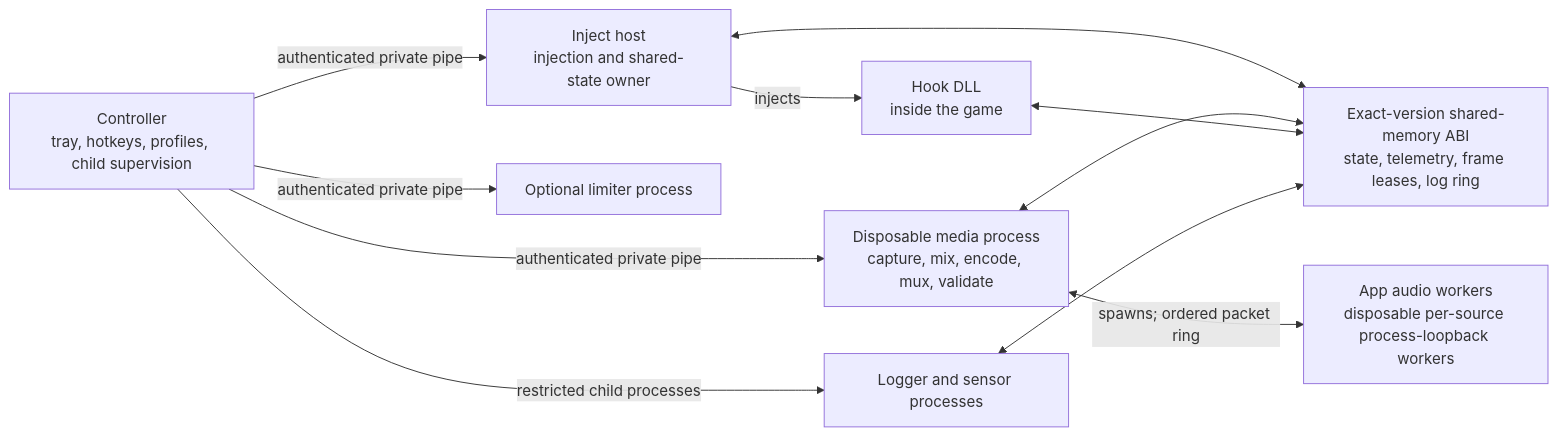
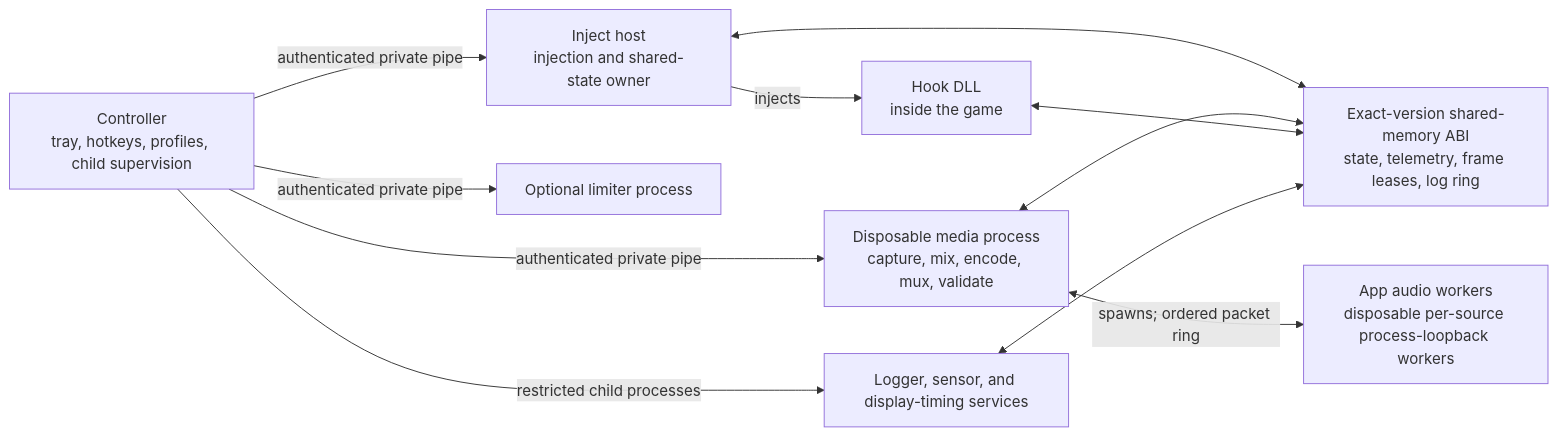
The diagram in README.md (aufkrawall/capture-engine), drawn with Mermaid before and after one commit. The commit also changed other lines of this file, not shown here.

````diff
--- a/README.md
+++ b/README.md
@@ -237,22 +257,22 @@
 ```mermaid
 flowchart LR
     Controller["Controller<br/>tray, hotkeys, profiles, child supervision"]
     Inject["Inject host<br/>injection and shared-state owner"]
     Media["Disposable media process<br/>capture, mix, encode, mux, validate"]
     Limiter["Optional limiter process"]
-    Aux["Logger and sensor processes"]
+    Aux["Logger, sensor, and display-timing services"]
     AppAudio["App audio workers<br/>disposable per-source process-loopback workers"]
     Hook["Hook DLL<br/>inside the game"]
     Shared["Exact-version shared-memory ABI<br/>state, telemetry, frame leases, log ring"]
 
     Controller -->|"authenticated private pipe"| Inject
     Controller -->|"authenticated private pipe"| Media
     Controller -->|"authenticated private pipe"| Limiter
     Controller -->|"restricted child processes"| Aux
     Media <-->|"spawns; ordered packet ring"| AppAudio
     Inject -->|"injects"| Hook
     Inject <--> Shared
     Media <--> Shared
     Hook <--> Shared
     Aux <--> Shared
 ```
````
